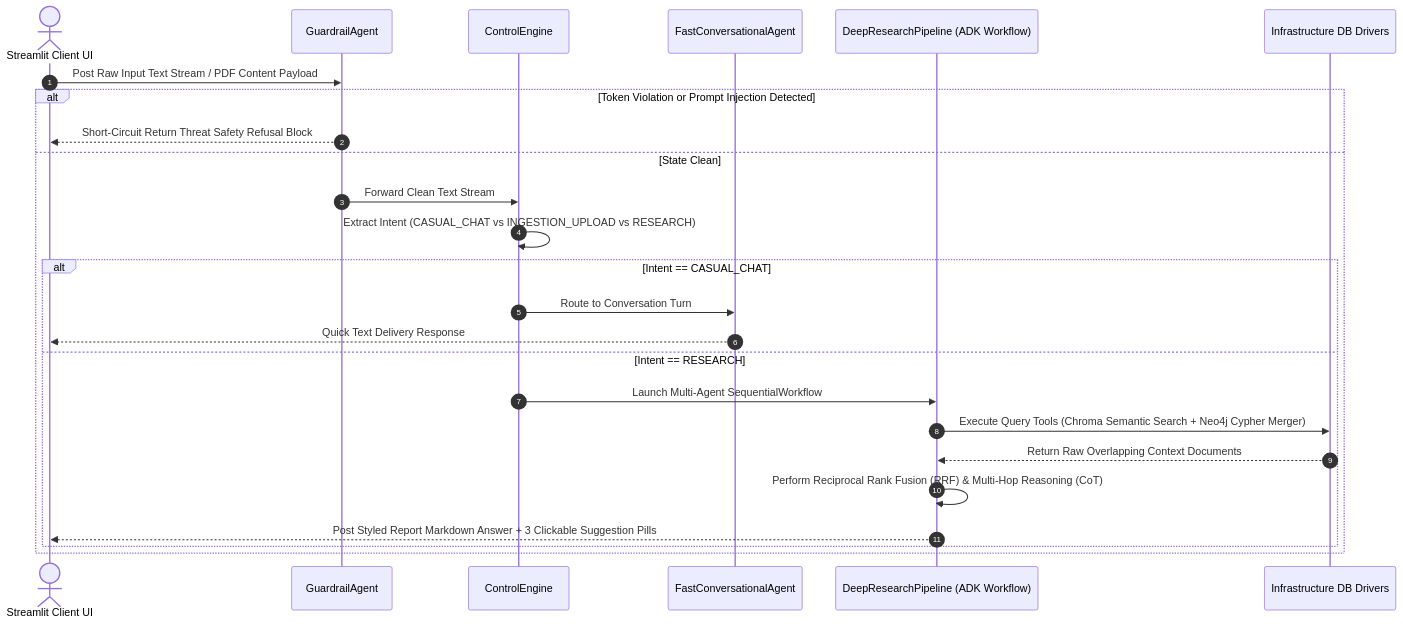
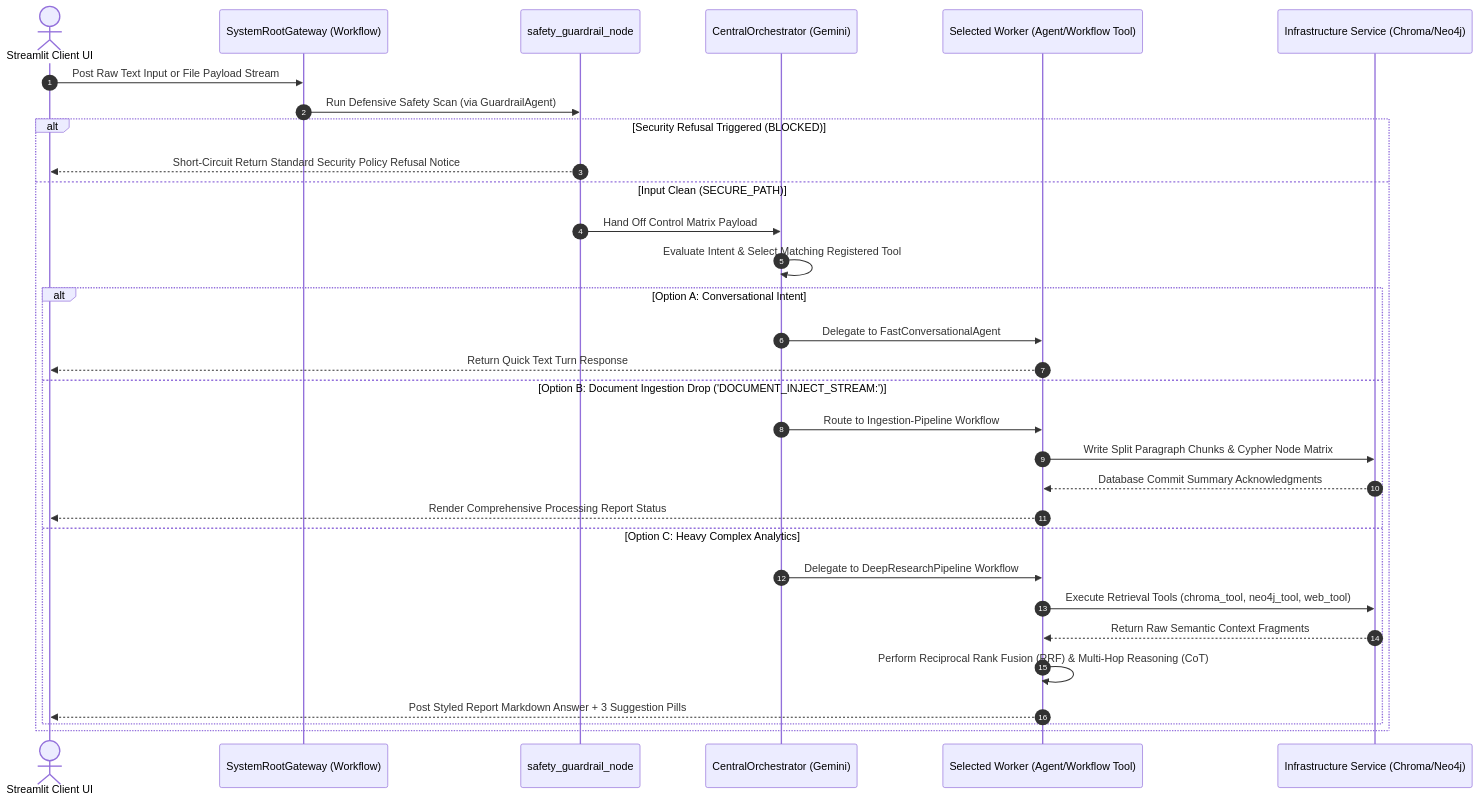
The second of 2 diagrams in README.md (ranapratapmajee/nexusmind-adk), drawn with Mermaid before and after one commit. The commit also changed other lines of this file and 36 other files, not shown here.

````diff
--- a/README.md
+++ b/README.md
@@ -93,30 +89,36 @@
 ```mermaid
 sequenceDiagram
     autonumber
     actor User as Streamlit Client UI
-    participant G as GuardrailAgent
-    participant CE as ControlEngine
-    participant F as FastConversationalAgent
-    participant RP as DeepResearchPipeline (ADK Workflow)
-    participant DB as Infrastructure DB Drivers
+    participant GW as SystemRootGateway (Workflow)
+    participant SG as safety_guardrail_node
+    participant CO as CentralOrchestrator (Gemini)
+    participant EX as Selected Worker (Agent/Workflow Tool)
+    participant INF as Infrastructure Service (Chroma/Neo4j)
 
-    User->>G: Post Raw Input Text Stream / PDF Content Payload
-    alt Token Violation or Prompt Injection Detected
-        G-->>User: Short-Circuit Return Threat Safety Refusal Block
-    else State Clean
-        G->>CE: Forward Clean Text Stream
-        CE->>CE: Extract Intent (CASUAL_CHAT vs INGESTION_UPLOAD vs RESEARCH)
+    User->>GW: Post Raw Text Input or File Payload Stream
+    GW->>SG: Run Defensive Safety Scan (via GuardrailAgent)
+    alt Security Refusal Triggered (BLOCKED)
+        SG-->>User: Short-Circuit Return Standard Security Policy Refusal Notice
+    else Input Clean (SECURE_PATH)
+        SG->>CO: Hand Off Control Matrix Payload
+        CO->>CO: Evaluate Intent & Select Matching Registered Tool
         
-        alt Intent == CASUAL_CHAT
-            CE->>F: Route to Conversation Turn
-            F-->>User: Quick Text Delivery Response
-        else Intent == RESEARCH
-            CE->>RP: Launch Multi-Agent SequentialWorkflow
-            RP->>DB: Execute Query Tools (Chroma Semantic Search + Neo4j Cypher Merger)
-            DB-->>RP: Return Raw Overlapping Context Documents
-            RP->>RP: Perform Reciprocal Rank Fusion (RRF) & Multi-Hop Reasoning (CoT)
-            RP-->>User: Post Styled Report Markdown Answer + 3 Clickable Suggestion Pills
+        alt Option A: Conversational Intent
+            CO->>EX: Delegate to FastConversationalAgent
+            EX-->>User: Return Quick Text Turn Response
+        else Option B: Document Ingestion Drop ('DOCUMENT_INJECT_STREAM:')
+            CO->>EX: Route to Ingestion-Pipeline Workflow
+            EX->>INF: Write Split Paragraph Chunks & Cypher Node Matrix
+            INF-->>EX: Database Commit Summary Acknowledgments
+            EX-->>User: Render Comprehensive Processing Report Status
+        else Option C: Heavy Complex Analytics
+            CO->>EX: Delegate to DeepResearchPipeline Workflow
+            EX->>INF: Execute Retrieval Tools (chroma_tool, neo4j_tool, web_tool)
+            INF-->>EX: Return Raw Semantic Context Fragments
+            EX->>EX: Perform Reciprocal Rank Fusion (RRF) & Multi-Hop Reasoning (CoT)
+            EX-->>User: Post Styled Report Markdown Answer + 3 Suggestion Pills
         end
     end
 
 ```
````
